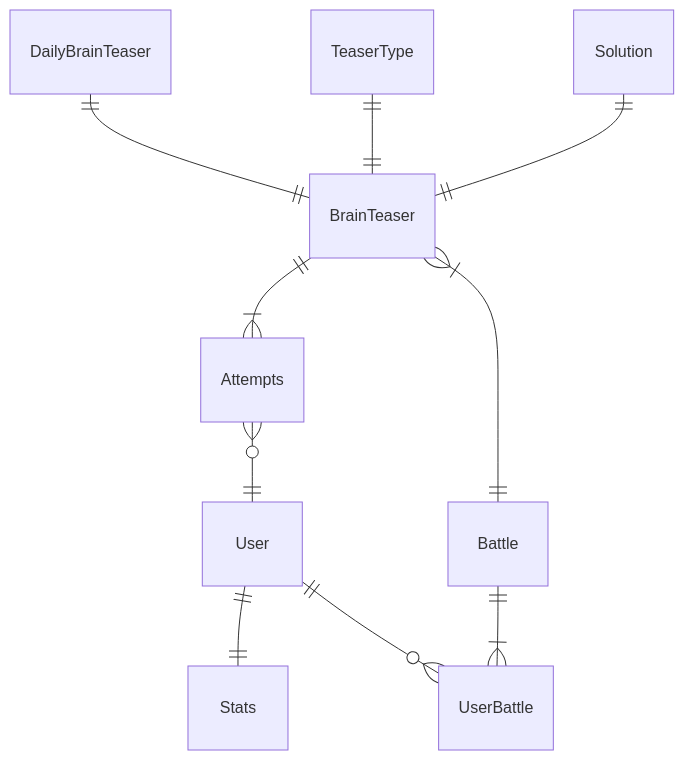
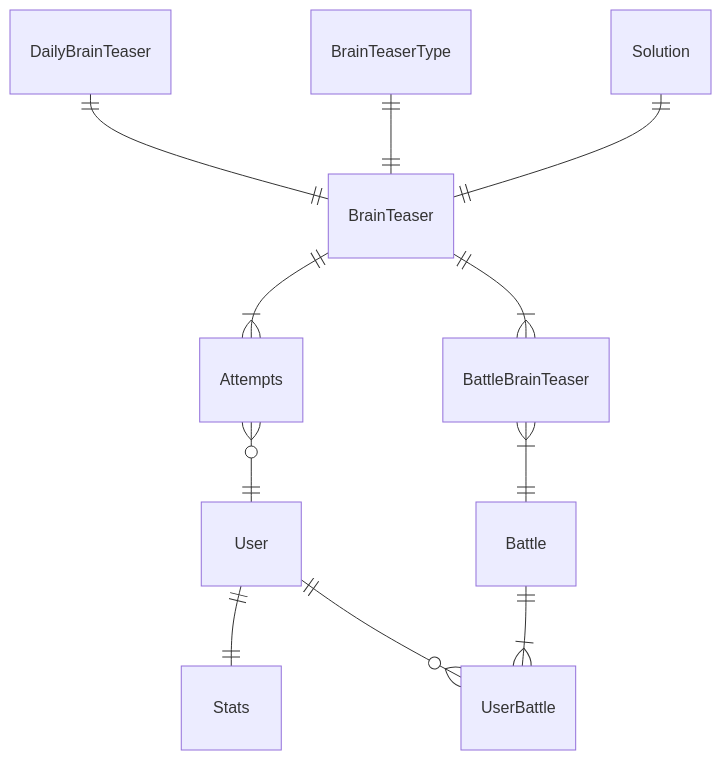
Before and after one commit to seanjamescurrie/bananagrams: the first of 2 diagrams in README.md, drawn with Mermaid. The commit also changed other lines of this file, not shown here.

Commit message:
Update ReadMe.md with ERD models

````diff
--- a/README.md
+++ b/README.md
@@ -33,12 +33,13 @@
 ```mermaid
 erDiagram
   DailyBrainTeaser ||--|| BrainTeaser : ""
-  TeaserType ||--|| BrainTeaser : ""
+  BrainTeaserType ||--|| BrainTeaser : ""
   Solution ||--|| BrainTeaser : ""
   BrainTeaser ||--|{ Attempts : ""
-  BrainTeaser }|--|| Battle : ""
+  BrainTeaser ||--|{ BattleBrainTeaser : ""
   Attempts }o--|| User : ""
   User ||--|| Stats : ""
   User ||--o{ UserBattle : ""
+  BattleBrainTeaser }|--|| Battle : ""
   Battle ||--|{ UserBattle : ""
 ```
````
